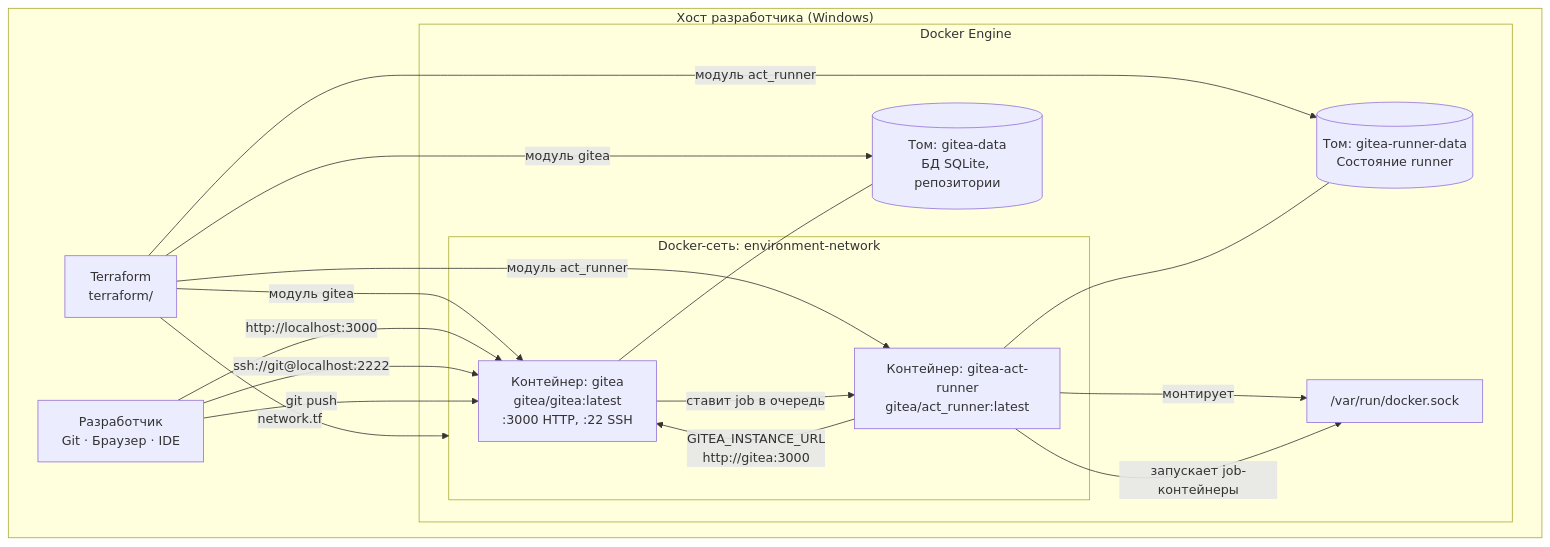
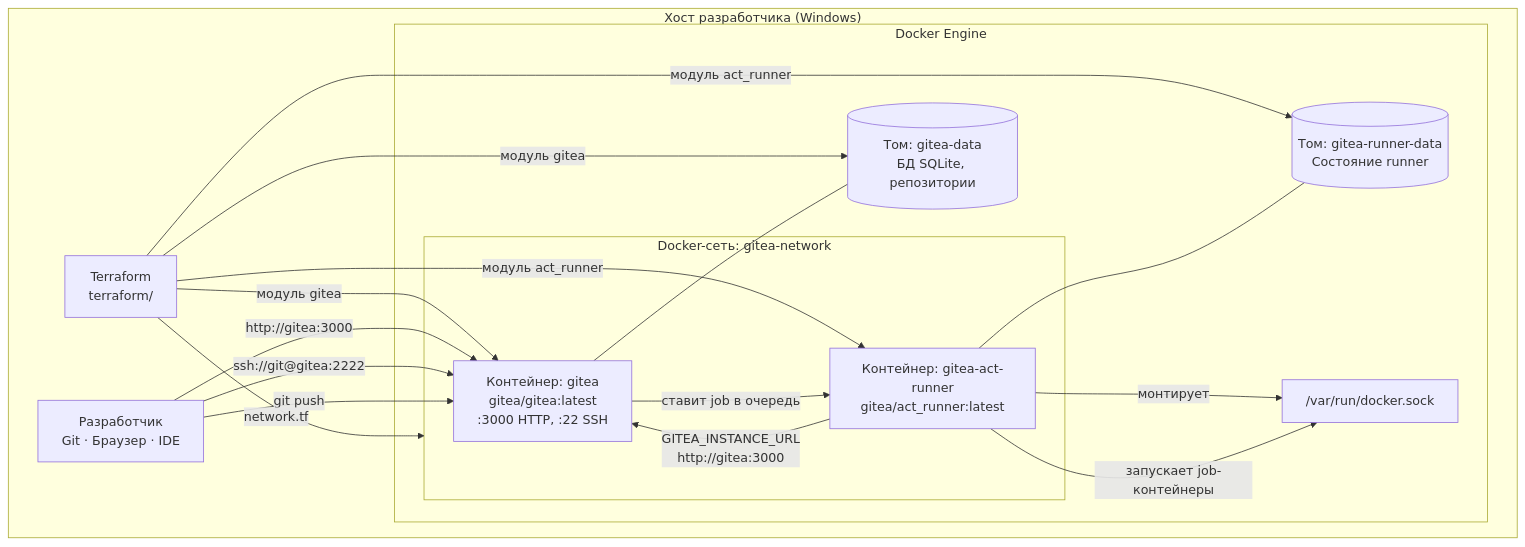
The first of 4 diagrams in documentation/EnvironmentObsidian/Схема проекта.md (KRTone/environment), drawn with Mermaid before and after one commit. The commit also changed other lines of this file and 28 other files, not shown here.

````diff
--- a/documentation/EnvironmentObsidian/Схема проекта.md
+++ b/documentation/EnvironmentObsidian/Схема проекта.md
@@ -13,33 +13,33 @@
 ```mermaid
 flowchart TB
     subgraph Host["Хост разработчика (Windows)"]
         subgraph Docker["Docker Engine"]
-            subgraph Net["Docker-сеть: environment-network"]
+            subgraph Net["Docker-сеть: gitea-network"]
                 Gitea["Контейнер: gitea<br/>gitea/gitea:latest<br/>:3000 HTTP, :22 SSH"]
                 Runner["Контейнер: gitea-act-runner<br/>gitea/act_runner:latest"]
             end
             VolGitea[("Том: gitea-data<br/>БД SQLite, репозитории")]
             VolRunner[("Том: gitea-runner-data<br/>Состояние runner")]
             Sock["/var/run/docker.sock"]
         end
         TF_Root["Terraform<br/>terraform/"]
         Dev["Разработчик<br/>Git · Браузер · IDE"]
     end
 
     TF_Root -->|network.tf| Net
     TF_Root -->|модуль gitea| Gitea
     TF_Root -->|модуль gitea| VolGitea
     TF_Root -->|модуль act_runner| Runner
     TF_Root -->|модуль act_runner| VolRunner
 
     Gitea --- VolGitea
     Runner --- VolRunner
     Runner -->|монтирует| Sock
     Runner -->|"GITEA_INSTANCE_URL<br/>http://gitea:3000"| Gitea
 
-    Dev -->|"http://localhost:3000"| Gitea
-    Dev -->|"ssh://git@localhost:2222"| Gitea
+    Dev -->|"http://gitea:3000"| Gitea
+    Dev -->|"ssh://git@gitea:2222"| Gitea
     Dev -->|git push| Gitea
     Gitea -->|ставит job в очередь| Runner
     Runner -->|запускает job-контейнеры| Sock
 ```
````
